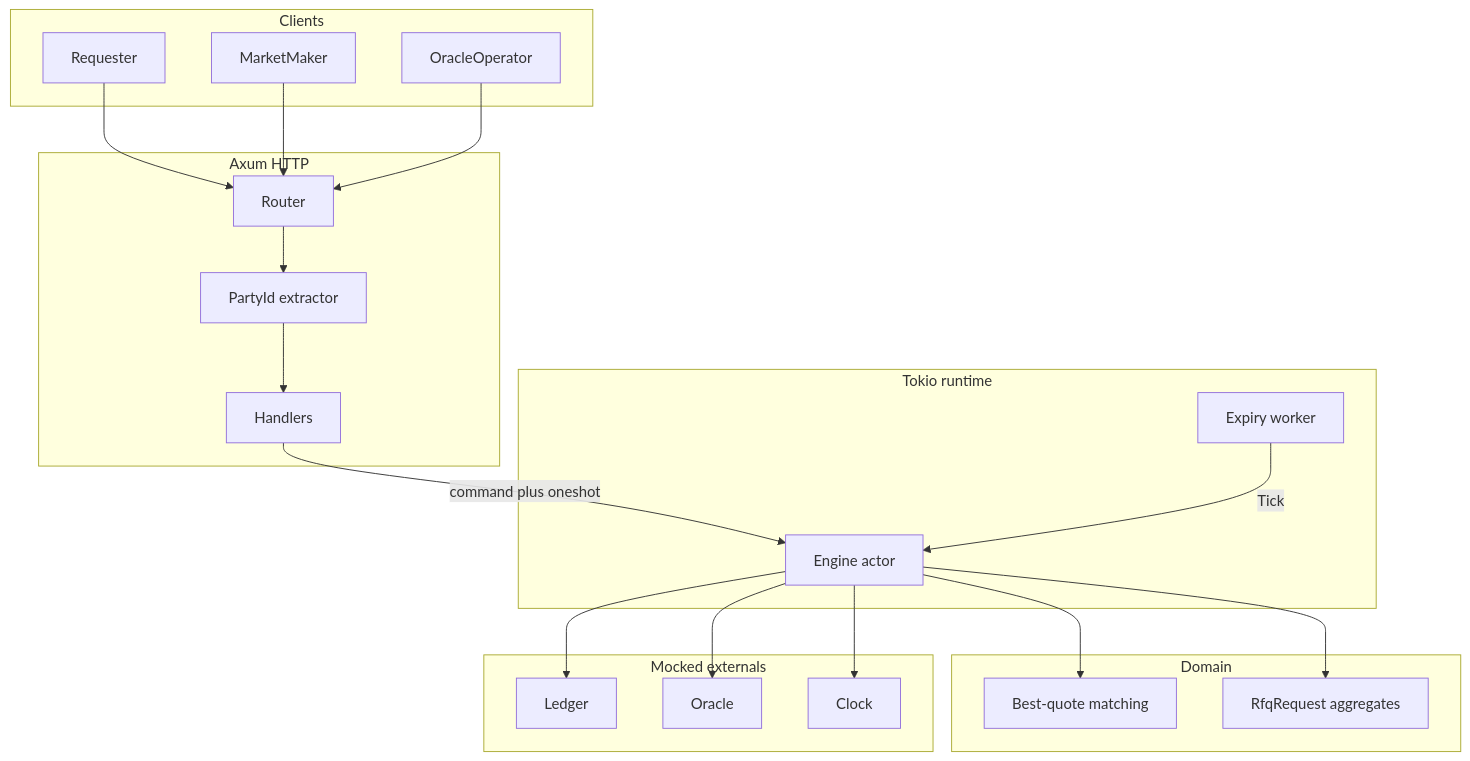
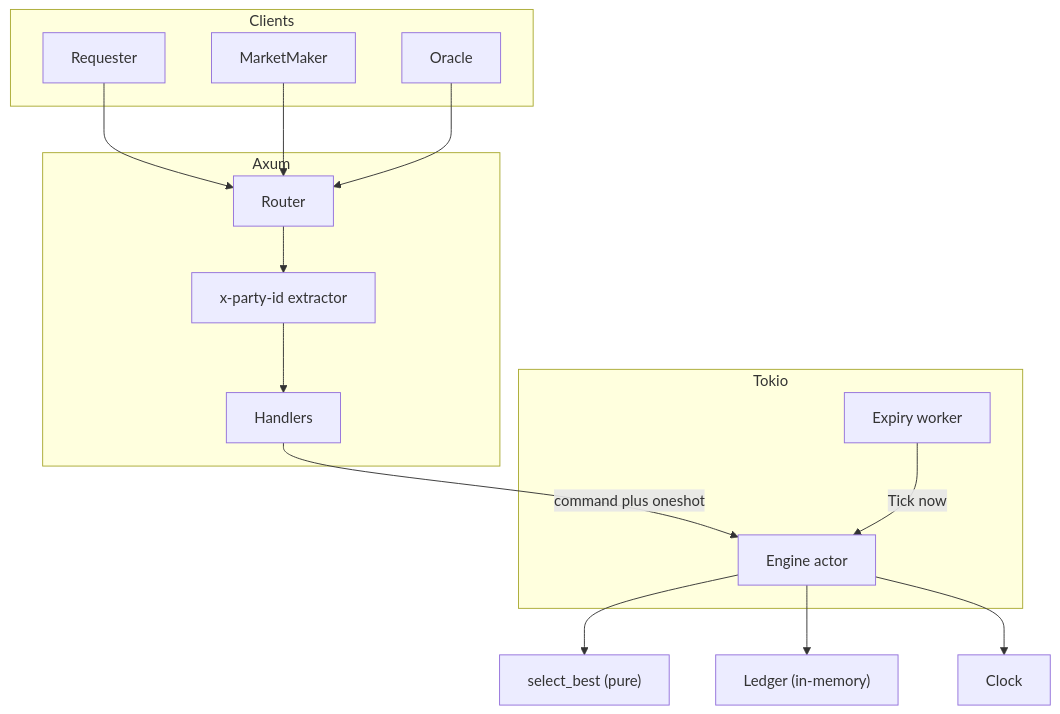
The second of 7 diagrams in docs/ARCHITECTURE.md (SwineCoder101/rfq-matching-settlement-engine), drawn with Mermaid before and after one commit. The commit also changed other lines of this file and 41 other files, not shown here.

````diff
--- a/docs/ARCHITECTURE.md
+++ b/docs/ARCHITECTURE.md
@@ -36,42 +33,23 @@
 ```mermaid
 flowchart TB
     subgraph clients [Clients]
         Requester
         MarketMaker
-        OracleOperator
+        Oracle
     end
-
-    subgraph http [Axum HTTP]
-        Router
-        PartyExtractor["PartyId extractor"]
-        Handlers
+    subgraph http [Axum]
+        Router --> PartyExtractor["x-party-id extractor"] --> Handlers
     end
-
-    subgraph runtime [Tokio runtime]
+    subgraph runtime [Tokio]
         ExpiryWorker["Expiry worker"]
         EngineActor["Engine actor"]
     end
-
-    subgraph domain [Domain]
-        Matching["Best-quote matching"]
-        Aggregates["RfqRequest aggregates"]
-    end
-
-    subgraph mocks [Mocked externals]
-        Ledger["Ledger"]
-        Oracle["Oracle"]
-        Clock["Clock"]
-    end
-
     Requester --> Router
     MarketMaker --> Router
-    OracleOperator --> Router
-    Router --> PartyExtractor --> Handlers
+    Oracle --> Router
     Handlers -->|"command plus oneshot"| EngineActor
-    ExpiryWorker -->|"Tick"| EngineActor
-    EngineActor --> Aggregates
-    EngineActor --> Matching
-    EngineActor --> Ledger
-    EngineActor --> Oracle
+    ExpiryWorker -->|"Tick now"| EngineActor
+    EngineActor --> Matching["select_best (pure)"]
+    EngineActor --> Ledger["Ledger (in-memory)"]
     EngineActor --> Clock
 ```
````
